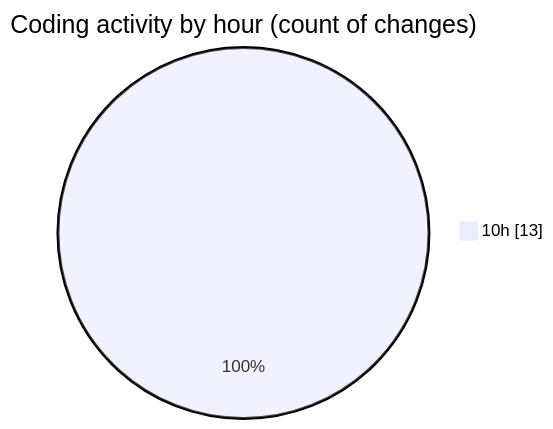
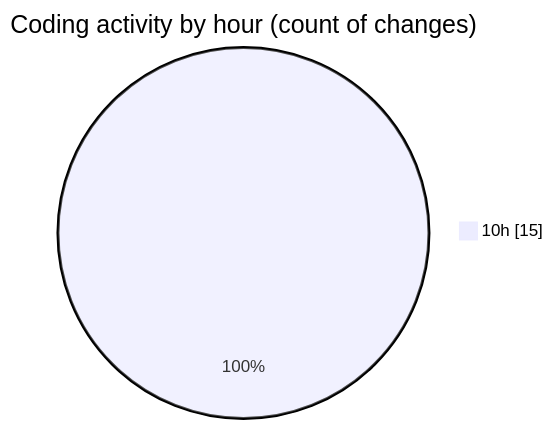
One commit to robertbonfada/code-tracking changed the second of 2 diagrams in 2025-02-03/termonied-web/README.md. Above: the diagram before and after it, drawn with Mermaid. The commit also changed other lines of this file and 1 other file, not shown here.

````diff
--- a/2025-02-03/termonied-web/README.md
+++ b/2025-02-03/termonied-web/README.md
@@ -31,5 +31,5 @@
 ```mermaid
 pie showData
 title Coding activity by hour (count of changes)
-"10h" : 13
+"10h" : 15
 ```
````
